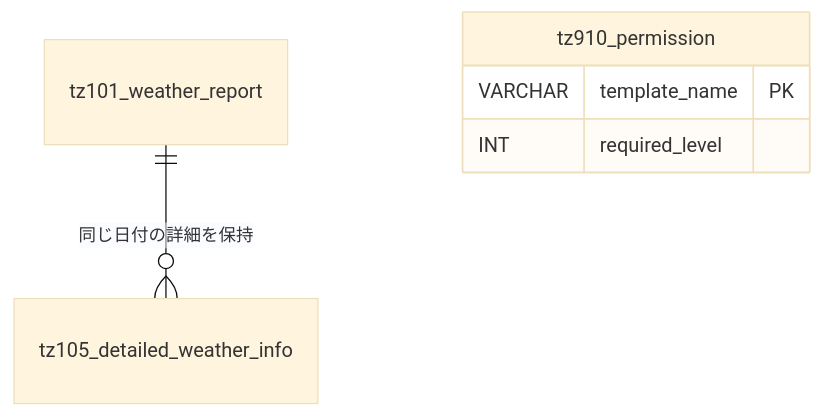
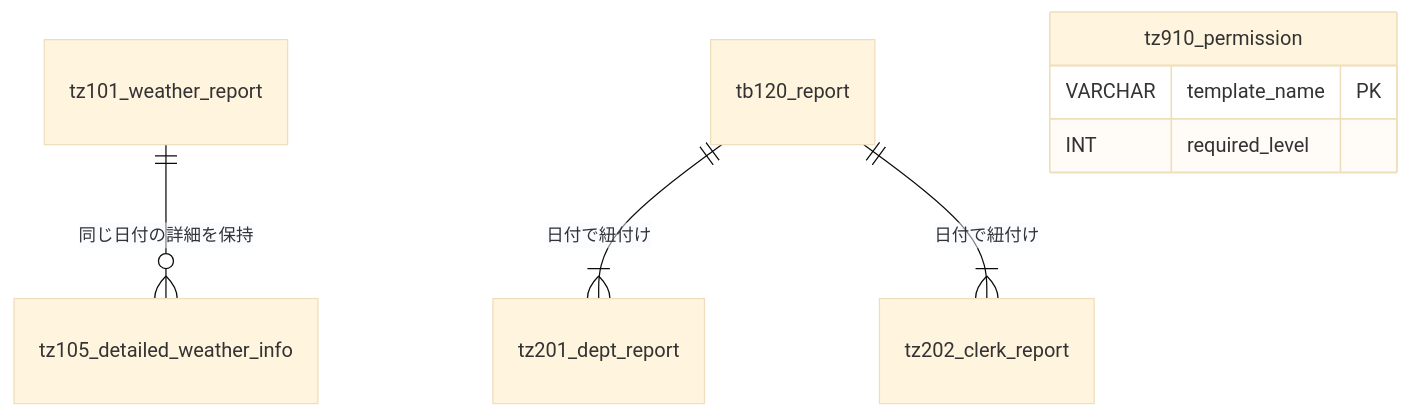
The diagram in docs/db_schema_tz.md (air-terminal/gfdash), drawn with Mermaid (base theme) before and after one commit. The commit also changed 1 other file, not shown here.

Commit message:
ER図を修正
2026/4/18
ER図のコメント誤り、記載漏れを修正

````diff
--- a/docs/db_schema_tz.md
+++ b/docs/db_schema_tz.md
@@ -21,9 +21,12 @@
 ```mermaid
 erDiagram
     tz101_weather_report ||--o{ tz105_detailed_weather_info : "同じ日付の詳細を保持"
     
+    tb120_report ||--|{ tz201_dept_report : "日付で紐付け"
+    tb120_report ||--|{ tz202_clerk_report : "日付で紐付け"
+
     tz910_permission {
         VARCHAR template_name PK
         INT required_level
     }
 ```
````
